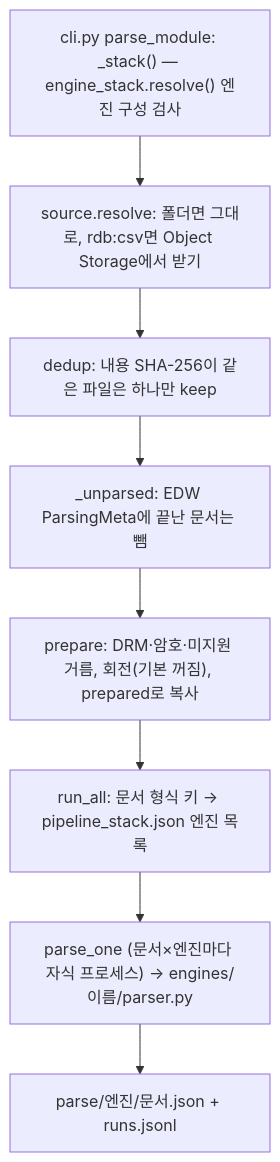
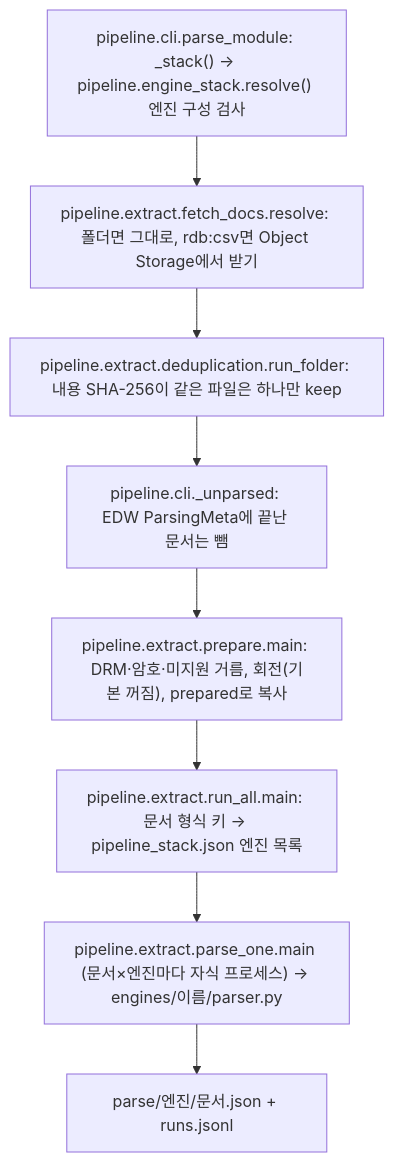
One commit to gigasamba/sbl_data_parsing changed the fourth of 11 diagrams in docs/architecture/parse_flow.md. Above: the diagram before and after it, drawn with Mermaid. The commit also changed other lines of this file, not shown here.

First line of the commit message:
docs: parse_flow.md uses new file names and full module paths for functions

````diff
--- a/docs/architecture/parse_flow.md
+++ b/docs/architecture/parse_flow.md
@@ -114,12 +117,12 @@
 ```mermaid
 flowchart TD
-    S0["cli.py parse_module: _stack() — engine_stack.resolve() 엔진 구성 검사"]
-    S1["source.resolve: 폴더면 그대로, rdb:csv면 Object Storage에서 받기"]
-    S2["dedup: 내용 SHA-256이 같은 파일은 하나만 keep"]
-    S3["_unparsed: EDW ParsingMeta에 끝난 문서는 뺌"]
-    S4["prepare: DRM·암호·미지원 거름, 회전(기본 꺼짐), prepared로 복사"]
-    S5["run_all: 문서 형식 키 → pipeline_stack.json 엔진 목록"]
-    S6["parse_one (문서×엔진마다 자식 프로세스) → engines/이름/parser.py"]
+    S0["pipeline.cli.parse_module: _stack() → pipeline.engine_stack.resolve() 엔진 구성 검사"]
+    S1["pipeline.extract.fetch_docs.resolve: 폴더면 그대로, rdb:csv면 Object Storage에서 받기"]
+    S2["pipeline.extract.deduplication.run_folder: 내용 SHA-256이 같은 파일은 하나만 keep"]
+    S3["pipeline.cli._unparsed: EDW ParsingMeta에 끝난 문서는 뺌"]
+    S4["pipeline.extract.prepare.main: DRM·암호·미지원 거름, 회전(기본 꺼짐), prepared로 복사"]
+    S5["pipeline.extract.run_all.main: 문서 형식 키 → pipeline_stack.json 엔진 목록"]
+    S6["pipeline.extract.parse_one.main (문서×엔진마다 자식 프로세스) → engines/이름/parser.py"]
     S7["parse/엔진/문서.json + runs.jsonl"]
     S0 --> S1 --> S2 --> S3 --> S4 --> S5 --> S6 --> S7
 ```
````
